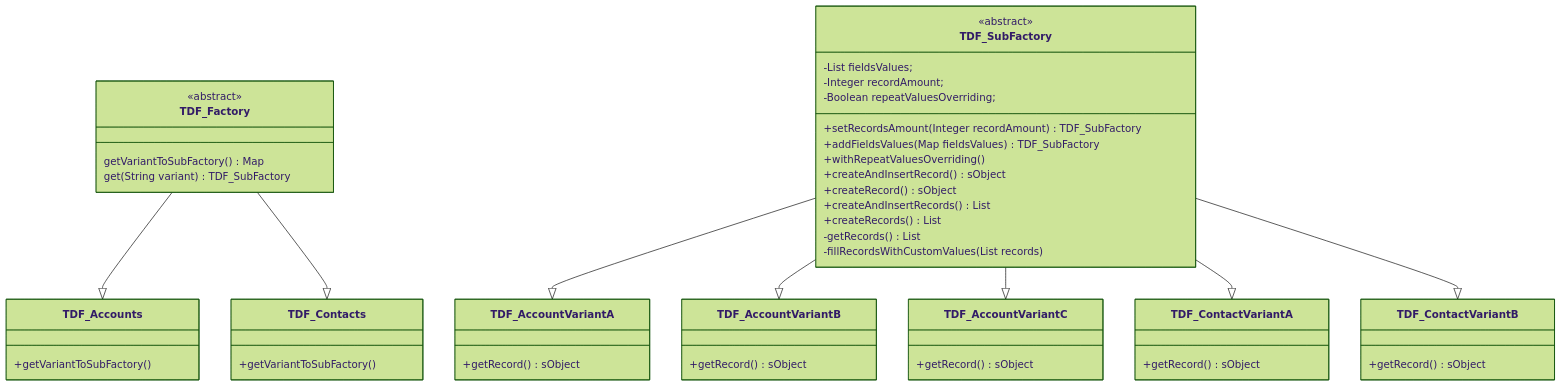
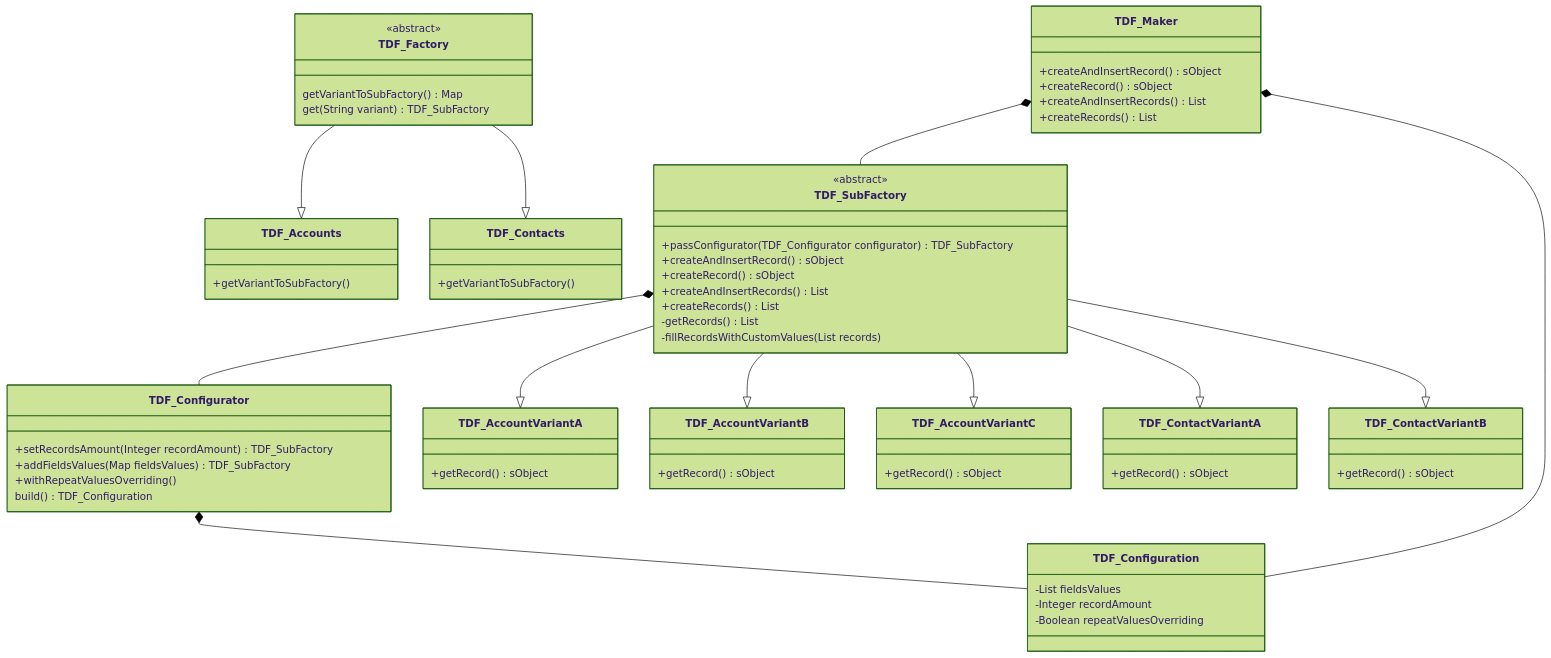
Before and after one commit to beyond-the-cloud-dev/salesforce-frameworks: the second of 2 diagrams in force-app/main/default/classes/tdf/README.md, drawn with Mermaid (forest theme). The commit also changed other lines of this file and 8 other files, not shown here.

Commit message:
TDF Configurator

````diff
--- a/force-app/main/default/classes/tdf/README.md
+++ b/force-app/main/default/classes/tdf/README.md
@@ -60,61 +60,80 @@
 ```mermaid
 classDiagram
     class TDF_Factory {
         <<abstract>>
         getVariantToSubFactory() Map<String, System.Type>
         get(String variant) TDF_SubFactory
     }
 
     class TDF_SubFactory {
         <<abstract>>
-        -List fieldsValues;
-        -Integer recordAmount;
-        -Boolean repeatValuesOverriding;
-        +setRecordsAmount(Integer recordAmount) TDF_SubFactory
-        +addFieldsValues(Map fieldsValues) TDF_SubFactory
-        +withRepeatValuesOverriding()
+        +passConfigurator(TDF_Configurator configurator) TDF_SubFactory
         +createAndInsertRecord() sObject
         +createRecord() sObject
         +createAndInsertRecords() List<sObject>
         +createRecords() List<sObject>
         -getRecords() List<sObject>
         -fillRecordsWithCustomValues(List<sObject> records)
+    }
+
+    class TDF_Configuration {
+        -List fieldsValues
+        -Integer recordAmount
+        -Boolean repeatValuesOverriding
+    }
+
+    class TDF_Configurator {
+        +setRecordsAmount(Integer recordAmount) TDF_SubFactory
+        +addFieldsValues(Map fieldsValues) TDF_SubFactory
+        +withRepeatValuesOverriding()
+        build() TDF_Configuration
+    }
+
+    class TDF_Maker {
+        +createAndInsertRecord() sObject
+        +createRecord() sObject
+        +createAndInsertRecords() List<sObject>
+        +createRecords() List<sObject>
     }
 
     class TDF_Accounts {
       +getVariantToSubFactory()
     }
 
     class TDF_Contacts {
       +getVariantToSubFactory()
     }
 
     class TDF_AccountVariantA {
         +getRecord() sObject
     }
 
     class TDF_AccountVariantB {
         +getRecord() sObject
     }
 
     class TDF_AccountVariantC {
         +getRecord() sObject
     }
 
     class TDF_ContactVariantA {
         +getRecord() sObject
     }
 
     class TDF_ContactVariantB {
         +getRecord() sObject
     }
 
     TDF_Factory --|> TDF_Accounts
     TDF_Factory --|> TDF_Contacts
 
+    TDF_Maker *-- TDF_SubFactory
+    TDF_Maker *-- TDF_Configuration
+    TDF_Configurator *-- TDF_Configuration
+    TDF_SubFactory  *-- TDF_Configurator
     TDF_SubFactory --|> TDF_AccountVariantA
     TDF_SubFactory --|> TDF_AccountVariantB
     TDF_SubFactory --|> TDF_AccountVariantC
     TDF_SubFactory --|> TDF_ContactVariantA
     TDF_SubFactory --|> TDF_ContactVariantB
 ```
````
